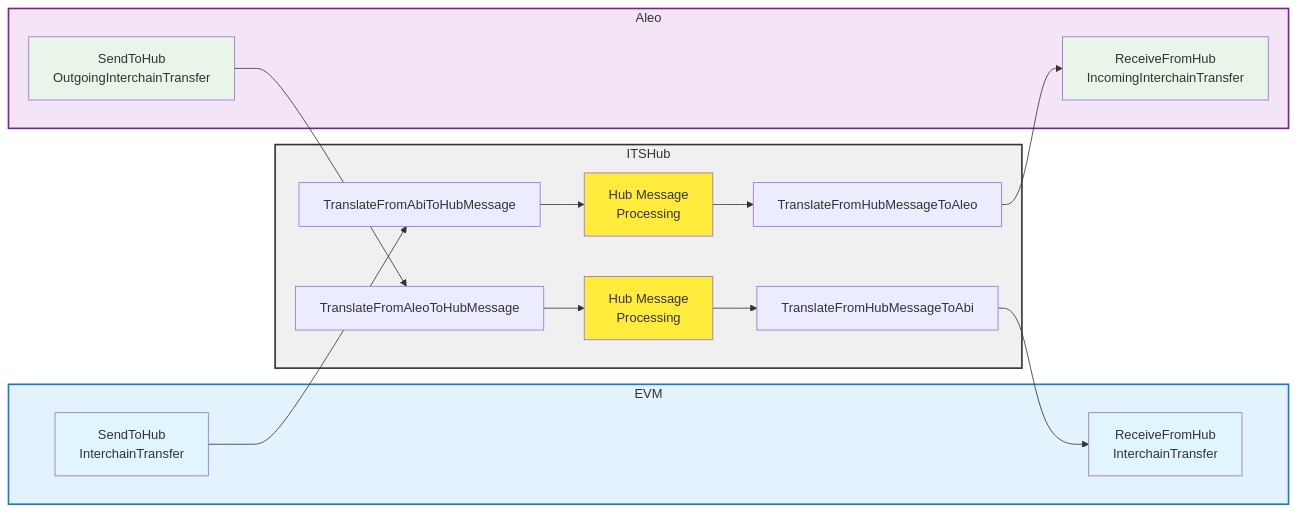
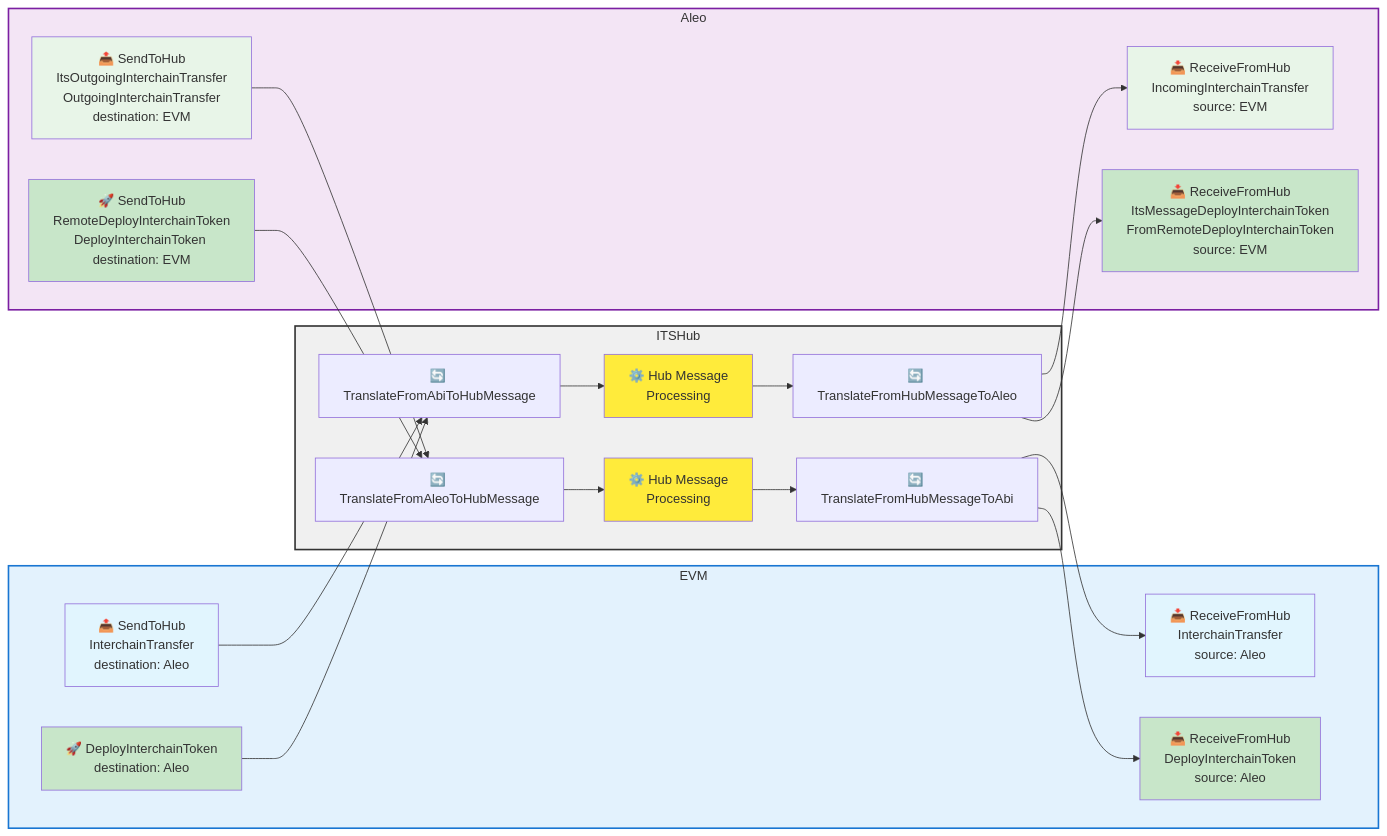
The diagram in contracts/its-aleo-translator/README.md (eigerco/axelar-amplifier), drawn with Mermaid before and after one commit.

Commit message:
wip: docs

````diff
--- a/contracts/its-aleo-translator/README.md
+++ b/contracts/its-aleo-translator/README.md
@@ -43,43 +43,52 @@
 ```mermaid
 flowchart LR
-subgraph EVM
-A[SendToHub<br/>InterchainTransfer]
-H[ReceiveFromHub<br/>InterchainTransfer]
-end
-
+    subgraph EVM
+        A[📤 SendToHub<br/>InterchainTransfer<br/>destination: Aleo]
+        H[📥 ReceiveFromHub<br/>InterchainTransfer<br/>source: Aleo]
+        L[🚀 DeployInterchainToken<br/>destination: Aleo]
+        M[📥 ReceiveFromHub<br/>DeployInterchainToken<br/>source: Aleo]
+    end
     subgraph Aleo
-        E[ReceiveFromHub<br/>IncomingInterchainTransfer]
-        G[SendToHub<br/>OutgoingInterchainTransfer]
+        E[📥 ReceiveFromHub<br/>IncomingInterchainTransfer<br/>source: EVM]
+        G[📤 SendToHub<br/>ItsOutgoingInterchainTransfer<br/>OutgoingInterchainTransfer<br/>destination: EVM]
+        N[📥 ReceiveFromHub<br/>ItsMessageDeployInterchainToken<br/>FromRemoteDeployInterchainToken<br/>source: EVM]
+        O[🚀 SendToHub<br/>RemoteDeployInterchainToken<br/>DeployInterchainToken <br/>destination: EVM]
     end
-
     subgraph ITSHub
-        C[TranslateFromAbiToHubMessage]
-        F[Hub Message<br/>Processing]
-        D[TranslateFromHubMessageToAleo]
-        I[TranslateFromAleoToHubMessage]
-        J[Hub Message<br/>Processing]
-        K[TranslateFromHubMessageToAbi]
+        C[🔄 TranslateFromAbiToHubMessage]
+        F[⚙️ Hub Message<br/>Processing]
+        D[🔄 TranslateFromHubMessageToAleo]
+        I[🔄 TranslateFromAleoToHubMessage]
+        J[⚙️ Hub Message<br/>Processing]
+        K[🔄 TranslateFromHubMessageToAbi]
     end
-
     %% EVM to Aleo flow
     A --> C
     C --> F
     F --> D
     D --> E
-
     %% Aleo to EVM flow
     G --> I
     I --> J
     J --> K
     K --> H
-
+    %% EVM DeployInterchainToken to Aleo flow
+    L --> C
+    D --> N
+    %% Aleo DeployInterchainToken to EVM flow
+    O --> I
+    K --> M
     style EVM fill:#e3f2fd,stroke:#1976d2,stroke-width:2px
     style A fill:#e1f5fe
     style H fill:#e1f5fe
+    style L fill:#c8e6c9
+    style M fill:#c8e6c9
     style F fill:#ffeb3b
     style J fill:#ffeb3b
     style ITSHub fill:#f0f0f0,stroke:#333,stroke-width:2px
     style E fill:#e8f5e8
     style G fill:#e8f5e8
+    style N fill:#c8e6c9
+    style O fill:#c8e6c9
     style Aleo fill:#f3e5f5,stroke:#7b1fa2,stroke-width:2px
 ```
````
